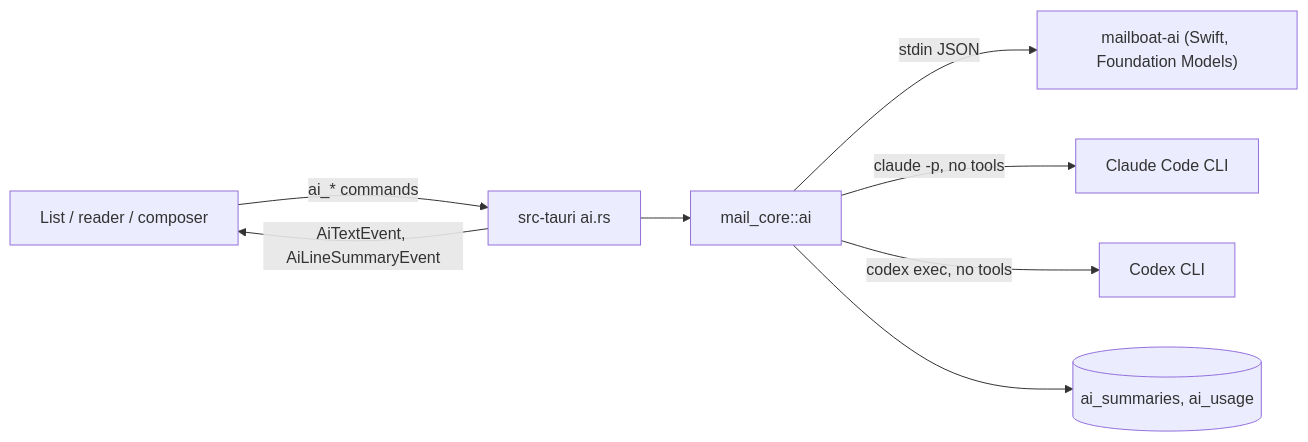
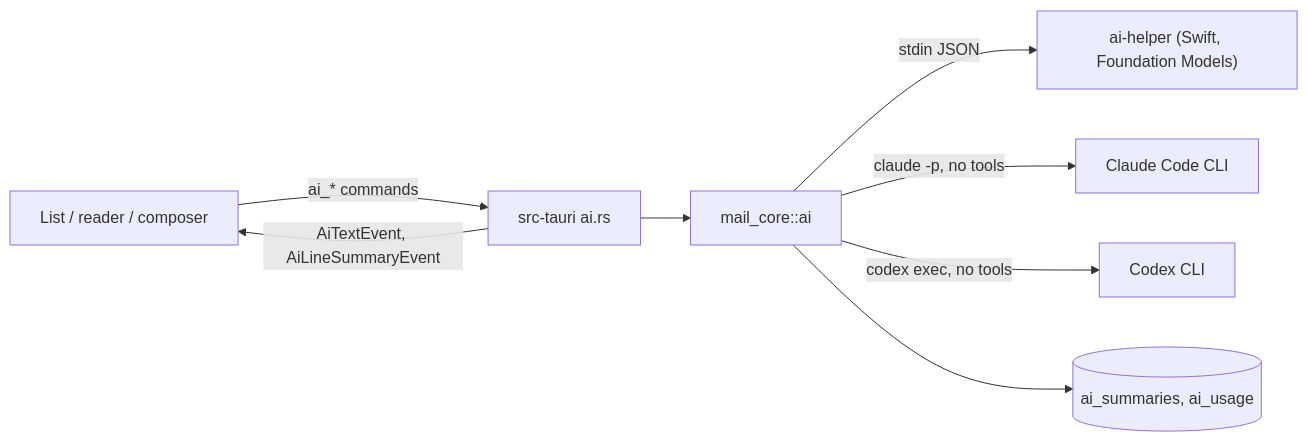
The fourth of 5 diagrams in docs/ARCHITECTURE.md (nwoolls/mailboat), drawn with Mermaid before and after one commit. The commit also changed other lines of this file and 48 other files, not shown here.

````diff
--- a/docs/ARCHITECTURE.md
+++ b/docs/ARCHITECTURE.md
@@ -397,10 +397,10 @@
 ```mermaid
 flowchart LR
   UI["List / reader / composer"] -->|"ai_* commands"| T["src-tauri ai.rs"]
   T --> C["mail_core::ai"]
-  C -->|"stdin JSON"| A["mailboat-ai (Swift, Foundation Models)"]
+  C -->|"stdin JSON"| A["ai-helper (Swift, Foundation Models)"]
   C -->|"claude -p, no tools"| CL["Claude Code CLI"]
   C -->|"codex exec, no tools"| CX["Codex CLI"]
   C --> DB[("ai_summaries, ai_usage")]
   T -->|"AiTextEvent, AiLineSummaryEvent"| UI
 ```
````
